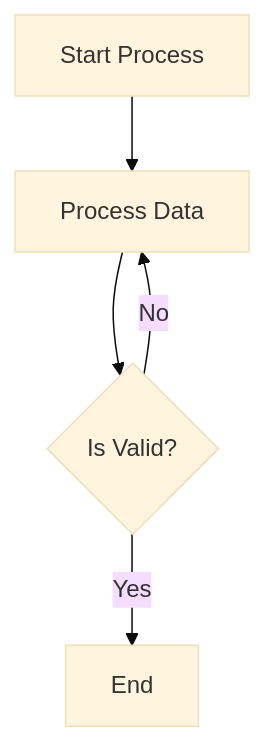
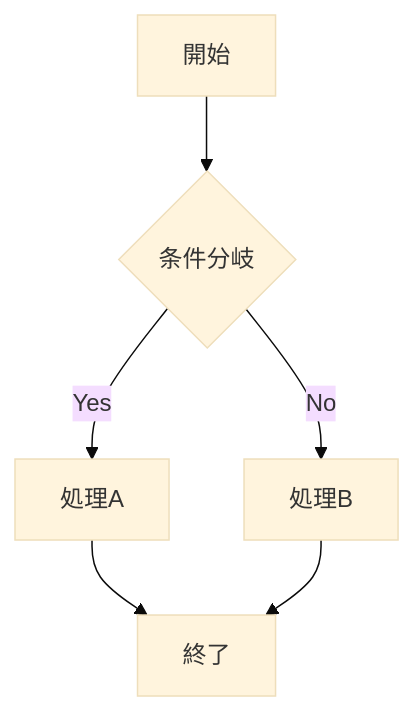
The first of 8 diagrams in skills/data/mermaid-diagram/SKILL.md (runkids/claude-skill-registry), drawn with Mermaid (base theme) before and after one commit. The commit also changed other lines of this file and 29822 other files, not shown here.

````diff
--- a/skills/data/mermaid-diagram/SKILL.md
+++ b/skills/data/mermaid-diagram/SKILL.md
@@ -32,12 +38,8 @@
 ```mermaid
-flowchart TD
-    Start[Start Process]
-    Process[Process Data]
-    Decision{Is Valid?}
-    End[End]
-
-    Start --> Process
-    Process --> Decision
-    Decision -->|Yes| End
-    Decision -->|No| Process
+graph TD
+    A[開始] --> B{条件分岐}
+    B -->|Yes| C[処理A]
+    B -->|No| D[処理B]
+    C --> E[終了]
+    D --> E
 ```
````
